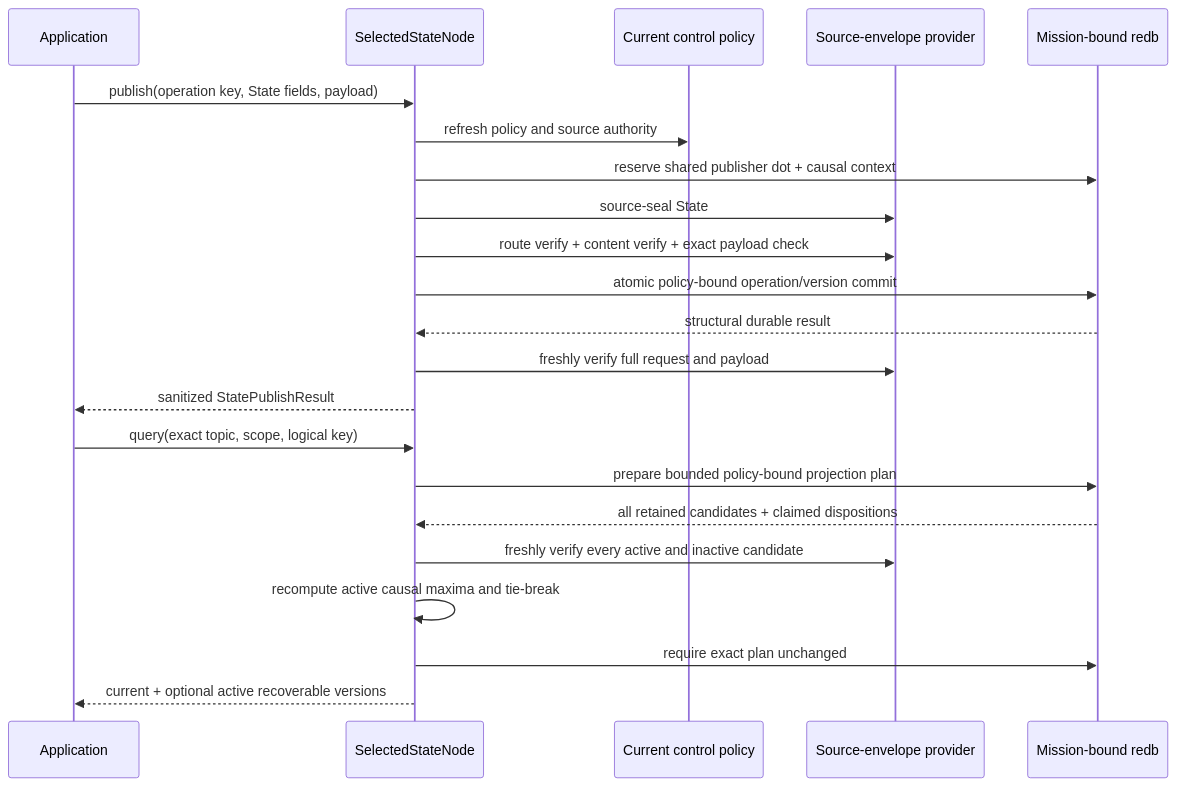
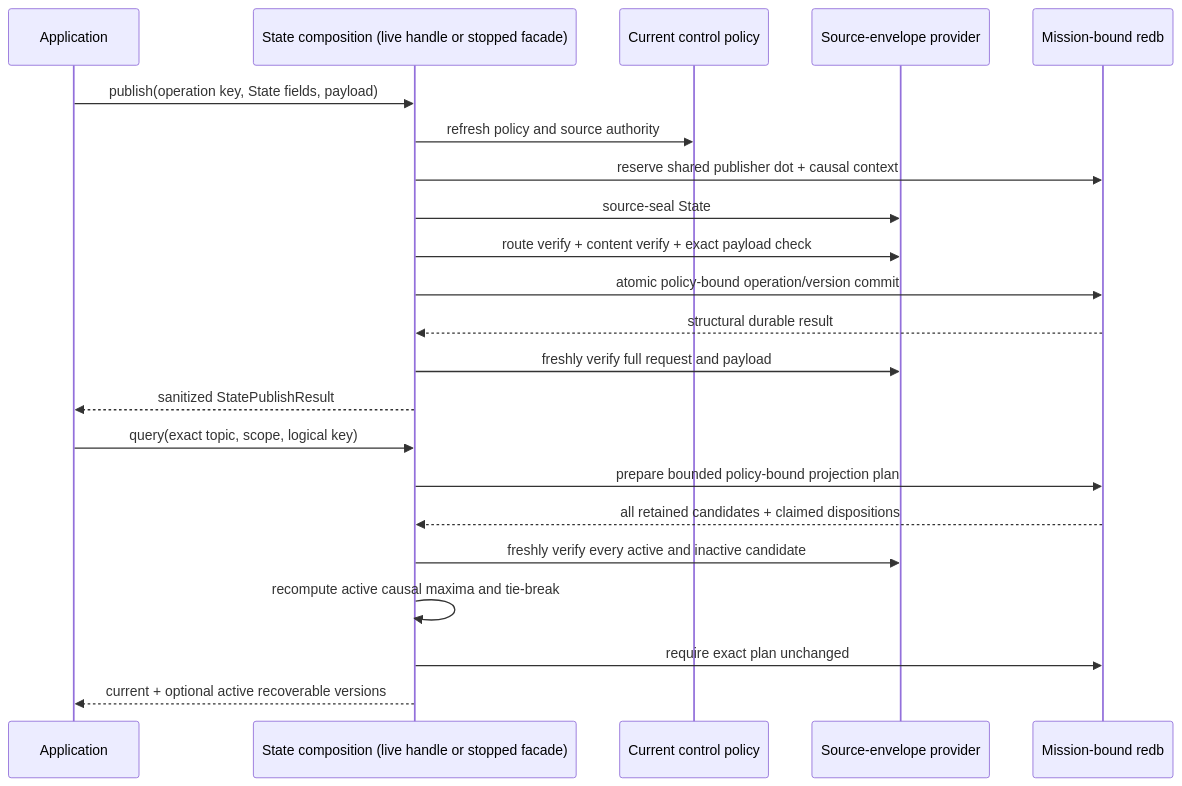
Before and after one commit to asirak-astertech/aster: the third of 8 diagrams in docs/architecture.md, drawn with Mermaid. The commit also changed other lines of this file and 29 other files, not shown here.

First line of the commit message:
Add live selected State and Record application handles (#43)

````diff
--- a/docs/architecture.md
+++ b/docs/architecture.md
@@ -120,26 +126,26 @@
 ```mermaid
 sequenceDiagram
     participant A as Application
-    participant N as SelectedStateNode
+    participant N as State composition (live handle or stopped facade)
     participant P as Current control policy
     participant C as Source-envelope provider
     participant S as Mission-bound redb
 
     A->>N: publish(operation key, State fields, payload)
     N->>P: refresh policy and source authority
     N->>S: reserve shared publisher dot + causal context
     N->>C: source-seal State
     N->>C: route verify + content verify + exact payload check
     N->>S: atomic policy-bound operation/version commit
     S-->>N: structural durable result
     N->>C: freshly verify full request and payload
     N-->>A: sanitized StatePublishResult
 
     A->>N: query(exact topic, scope, logical key)
     N->>S: prepare bounded policy-bound projection plan
     S-->>N: all retained candidates + claimed dispositions
     N->>C: freshly verify every active and inactive candidate
     N->>N: recompute active causal maxima and tie-break
     N->>S: require exact plan unchanged
     N-->>A: current + optional active recoverable versions
 ```
````
